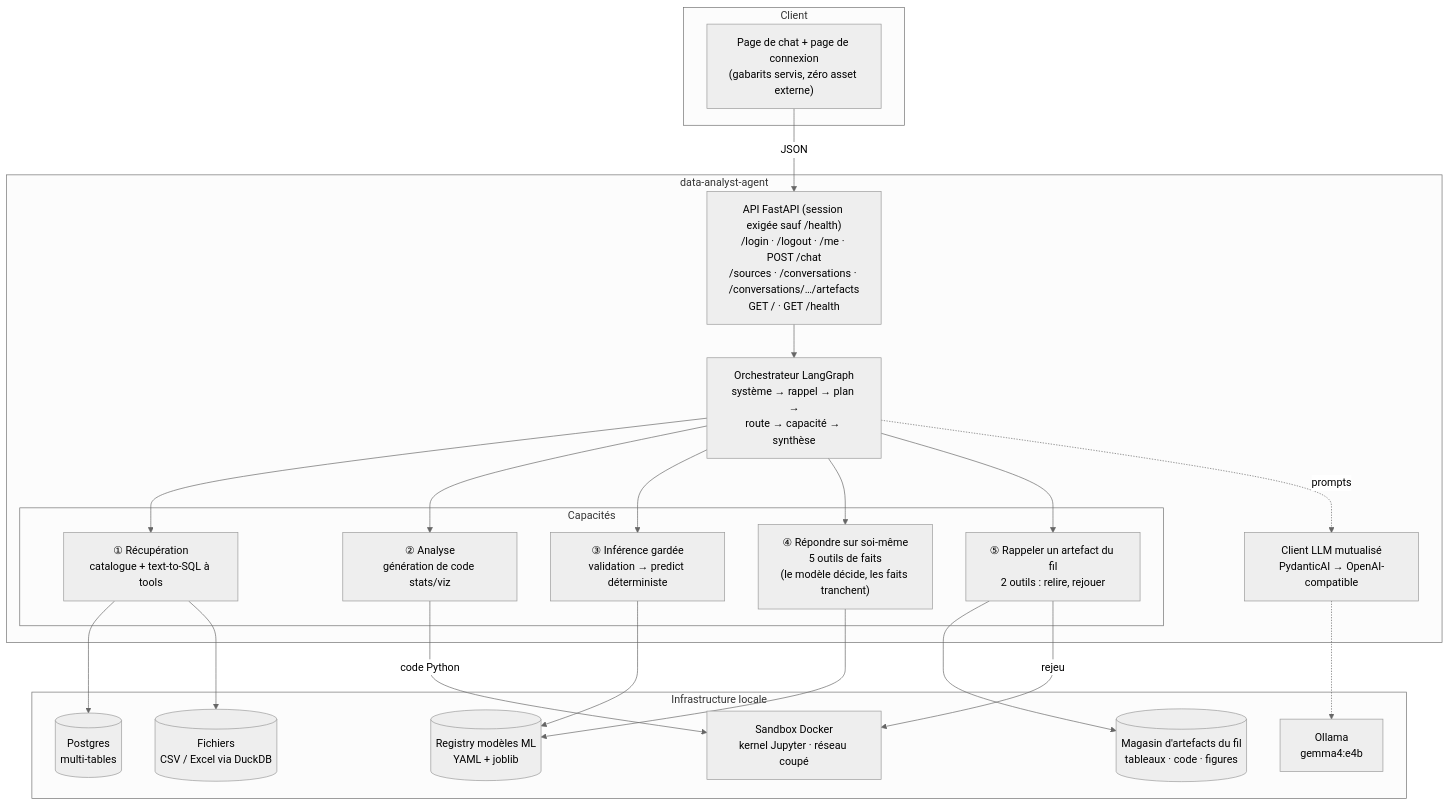
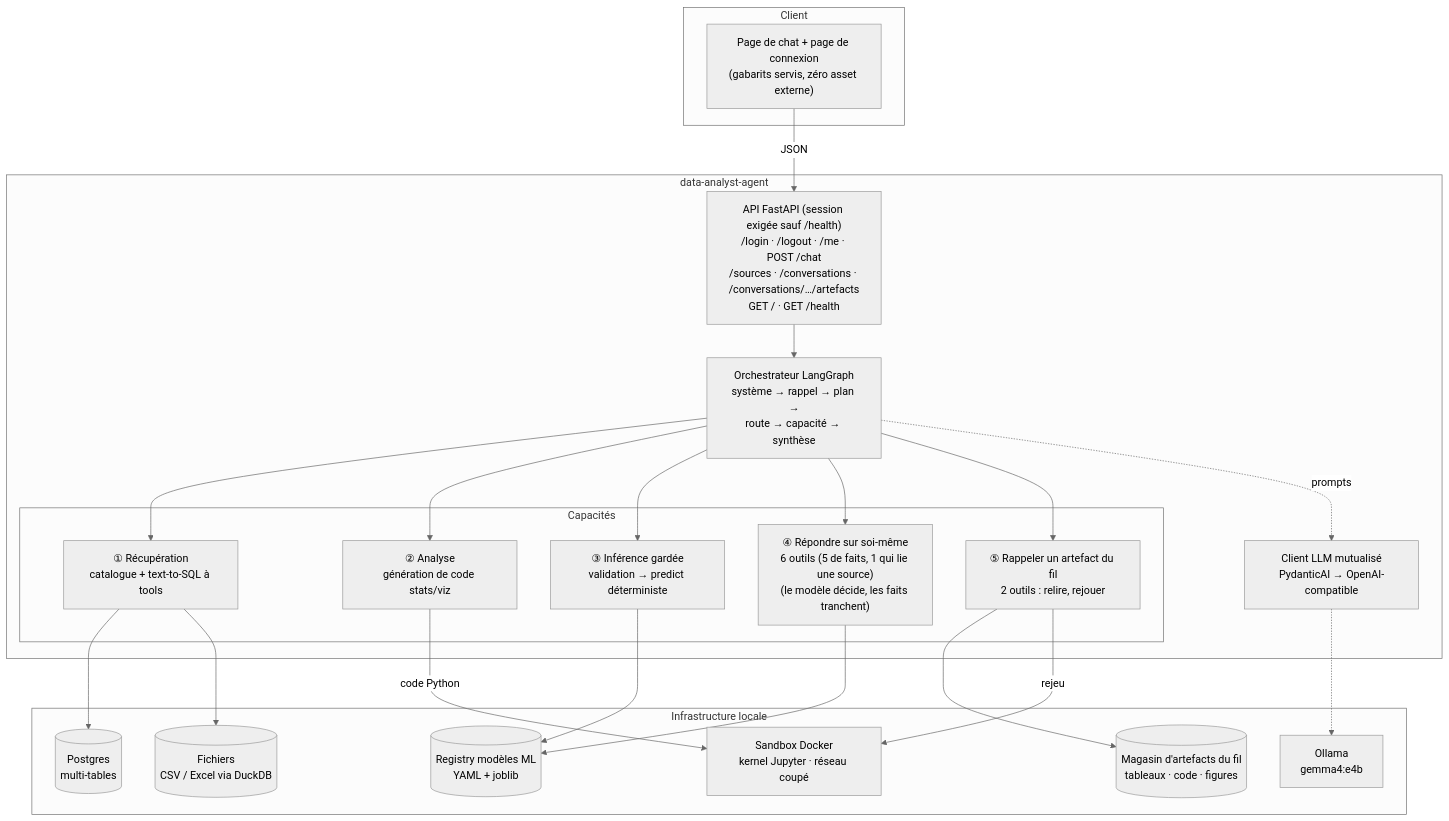
The first of 3 diagrams in docs/ARCHITECTURE.md (floSa/data-analyst-agent), drawn with Mermaid (neutral theme) before and after one commit. The commit also changed other lines of this file and 8 other files, not shown here.

````diff
--- a/docs/ARCHITECTURE.md
+++ b/docs/ARCHITECTURE.md
@@ -26,39 +26,39 @@
 ```mermaid
 flowchart TB
     subgraph client["Client"]
         UI["Page de chat + page de connexion<br/>(gabarits servis, zéro asset externe)"]
     end
 
     subgraph app["data-analyst-agent"]
         API["API FastAPI (session exigée sauf /health)<br/>/login · /logout · /me · POST /chat<br/>/sources · /conversations · /conversations/…/artefacts<br/>GET / · GET /health"]
         ORCH["Orchestrateur LangGraph<br/>système → rappel → plan →<br/>route → capacité → synthèse"]
         LLM["Client LLM mutualisé<br/>PydanticAI → OpenAI-compatible"]
 
         subgraph caps["Capacités"]
             RET["① Récupération<br/>catalogue + text-to-SQL à tools"]
             ANA["② Analyse<br/>génération de code stats/viz"]
             INF["③ Inférence gardée<br/>validation → predict déterministe"]
-            SYS["④ Répondre sur soi-même<br/>5 outils de faits<br/>(le modèle décide, les faits tranchent)"]
+            SYS["④ Répondre sur soi-même<br/>6 outils (5 de faits, 1 qui lie une source)<br/>(le modèle décide, les faits tranchent)"]
             RAP["⑤ Rappeler un artefact du fil<br/>2 outils : relire, rejouer"]
         end
     end
 
     subgraph infra["Infrastructure locale"]
         OLLAMA["Ollama<br/>gemma4:e4b"]
         SBX["Sandbox Docker<br/>kernel Jupyter · réseau coupé"]
         PG[("Postgres<br/>multi-tables")]
         FILES[("Fichiers<br/>CSV / Excel via DuckDB")]
         REG[("Registry modèles ML<br/>YAML + joblib")]
         WS[("Magasin d'artefacts du fil<br/>tableaux · code · figures")]
     end
 
     UI -->|JSON| API --> ORCH
     ORCH --> RET & ANA & INF & SYS & RAP
     ORCH -.->|prompts| LLM -.-> OLLAMA
     RET --> PG & FILES
     ANA -->|code Python| SBX
     INF --> REG
     SYS --> REG
     RAP --> WS
     RAP -->|rejeu| SBX
 ```
````
